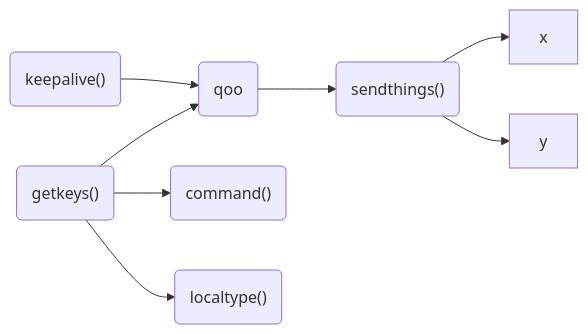
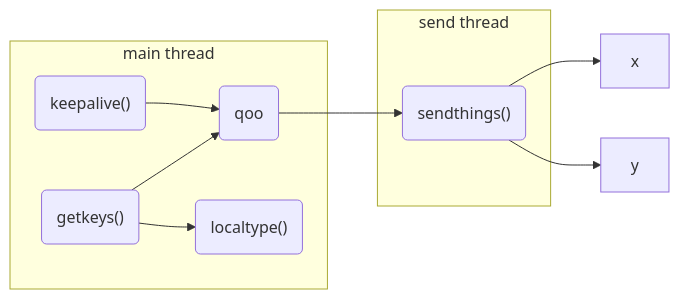
One commit to pxp888/keeb changed the diagram in README.md. Above: the diagram before and after it, drawn with Mermaid. The commit also changed 1 other file, not shown here.

Commit message:
add record function

````diff
--- a/README.md
+++ b/README.md
@@ -4,18 +4,27 @@
 ```mermaid
 graph LR
 
 gk("getkeys()")
 ka("keepalive()")
 qoo(qoo)
 st("sendthings()")
 
 lt("localtype()")
-cmd("command()")
 
 gk & ka --> qoo --> st
-gk --> cmd
 gk --> lt
 
 st --> x & y
 
+subgraph "main thread"
+    gk
+    ka
+    lt
+    qoo
+end
+
+subgraph "send thread"
+    st
+end
+
 ```
````
